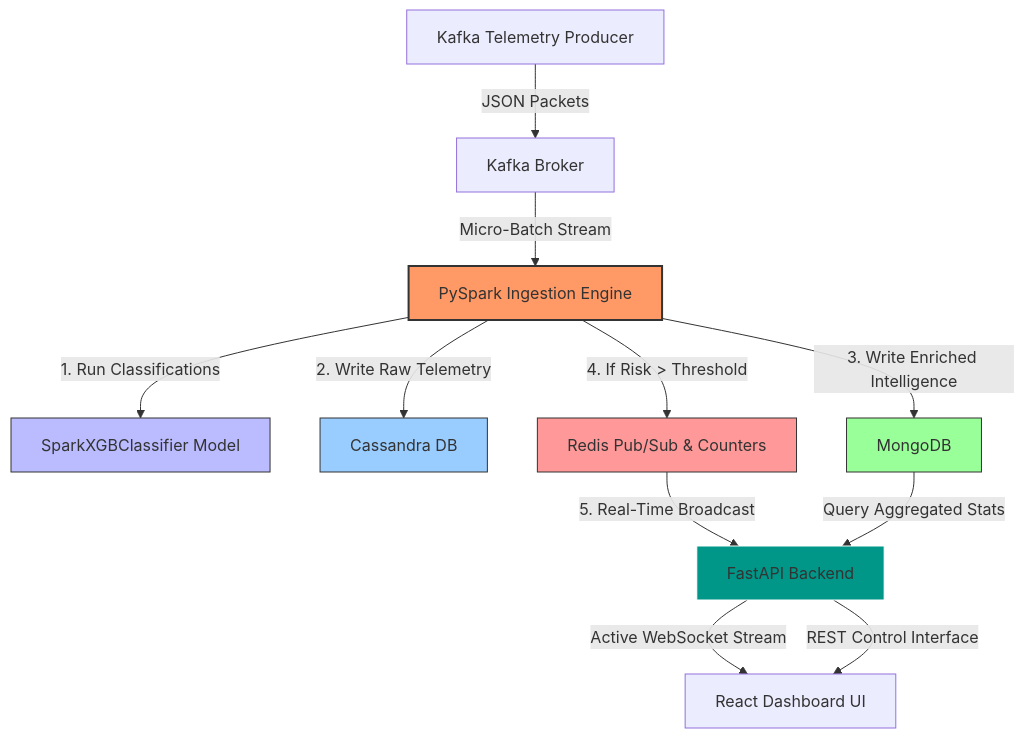
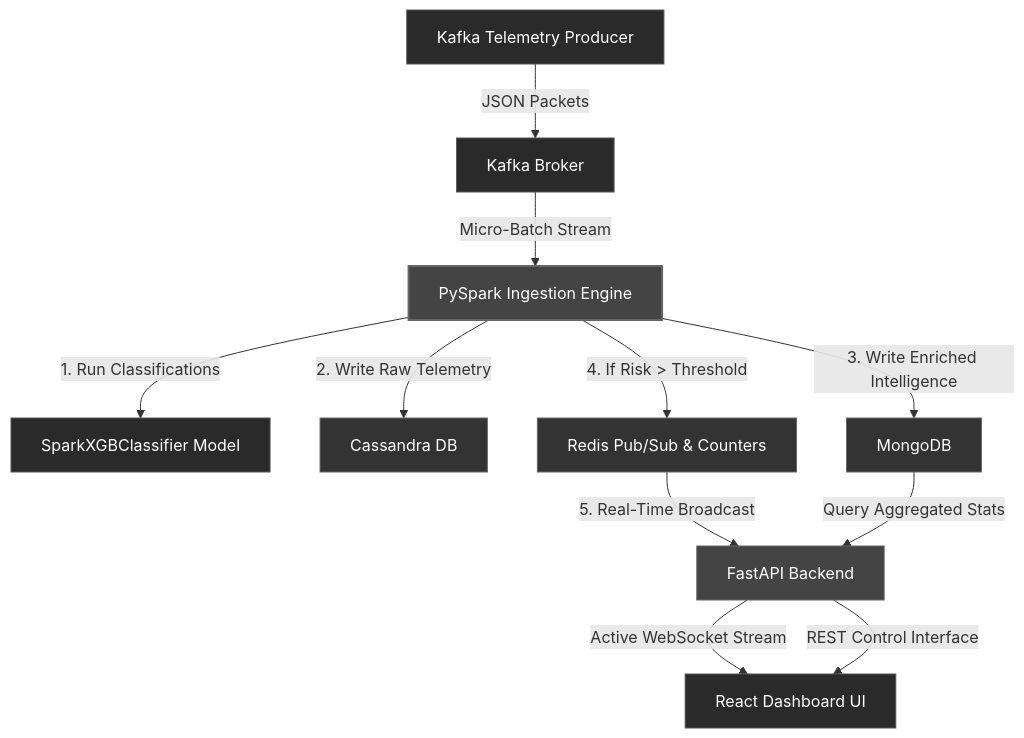
Before and after one commit to helqadiri03/Cyber-Threat-Intelligence-Platform: the diagram in README.md, drawn with Mermaid. The commit also changed other lines of this file, not shown here.

Commit message:
Update README.md with Storage Selection & Role Rationale and gray-colored architecture diagram

````diff
--- a/README.md
+++ b/README.md
@@ -20,20 +20,23 @@
 ```mermaid
 graph TD
     KP[Kafka Telemetry Producer] -->|JSON Packets| K[Kafka Broker]
     K -->|Micro-Batch Stream| SS[PySpark Ingestion Engine]
     SS -->|1. Run Classifications| XGB[SparkXGBClassifier Model]
     SS -->|2. Write Raw Telemetry| C[Cassandra DB]
     SS -->|3. Write Enriched Intelligence| M[MongoDB]
     SS -->|4. If Risk > Threshold| R[Redis Pub/Sub & Counters]
     R -->|5. Real-Time Broadcast| B[FastAPI Backend]
     M -->|Query Aggregated Stats| B
     B -->|Active WebSocket Stream| F[React Dashboard UI]
     B -->|REST Control Interface| F
     
-    style SS fill:#f96,stroke:#333,stroke-width:2px
-    style XGB fill:#bbf,stroke:#333,stroke-width:1px
-    style C fill:#9cf,stroke:#333,stroke-width:1px
-    style M fill:#9f9,stroke:#333,stroke-width:1px
-    style R fill:#f99,stroke:#333,stroke-width:1px
-    style B fill:#009688,stroke:#fff,stroke-width:1px
+    style KP fill:#2a2a2a,stroke:#555,stroke-width:1px,color:#fff
+    style K fill:#2a2a2a,stroke:#555,stroke-width:1px,color:#fff
+    style SS fill:#444,stroke:#666,stroke-width:2px,color:#fff
+    style XGB fill:#2a2a2a,stroke:#555,stroke-width:1px,color:#fff
+    style C fill:#333,stroke:#666,stroke-width:1px,color:#fff
+    style M fill:#333,stroke:#666,stroke-width:1px,color:#fff
+    style R fill:#333,stroke:#666,stroke-width:1px,color:#fff
+    style B fill:#444,stroke:#666,stroke-width:1px,color:#fff
+    style F fill:#2a2a2a,stroke:#555,stroke-width:1px,color:#fff
 ```
````
